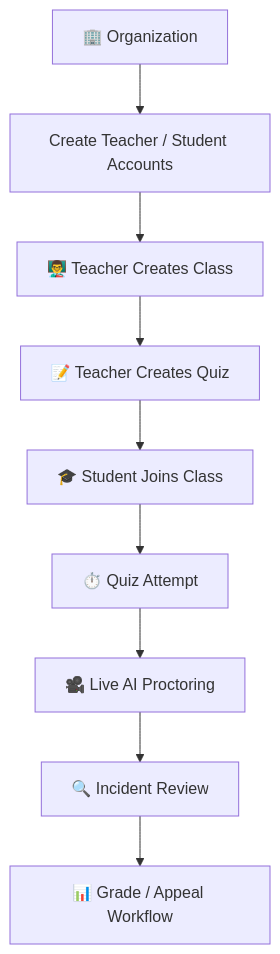
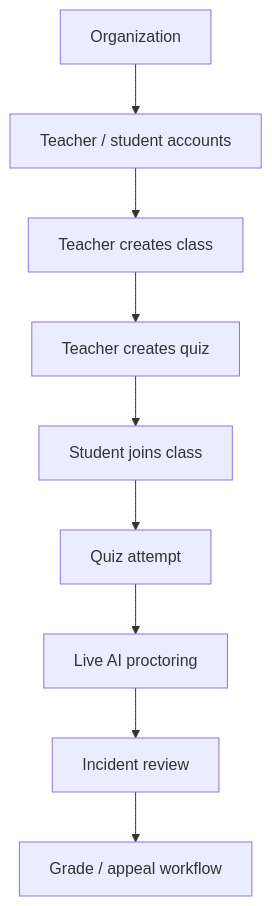
One commit to AdhamElsayedAI/AdhamElsayedAI changed the fifth of 7 diagrams in README.md. Above: the diagram before and after it, drawn with Mermaid. The commit also changed other lines of this file, not shown here.

````diff
--- a/README.md
+++ b/README.md
@@ -230,11 +200,11 @@
 ```mermaid
 flowchart TD
-    ORG["🏢 Organization"] --> ACC["Create Teacher / Student Accounts"]
-    ACC --> CLASS["👨‍🏫 Teacher Creates Class"]
-    CLASS --> QUIZ["📝 Teacher Creates Quiz"]
-    QUIZ --> JOIN["🎓 Student Joins Class"]
-    JOIN --> ATTEMPT["⏱️ Quiz Attempt"]
-    ATTEMPT --> PROCTOR["🎥 Live AI Proctoring"]
-    PROCTOR --> REVIEW["🔍 Incident Review"]
-    REVIEW --> RESULT["📊 Grade / Appeal Workflow"]
+    ORG[Organization] --> ACC[Teacher / student accounts]
+    ACC --> CLASS[Teacher creates class]
+    CLASS --> QUIZ[Teacher creates quiz]
+    QUIZ --> JOIN[Student joins class]
+    JOIN --> ATTEMPT[Quiz attempt]
+    ATTEMPT --> PROCTOR[Live AI proctoring]
+    PROCTOR --> REVIEW[Incident review]
+    REVIEW --> RESULT[Grade / appeal workflow]
 ```
````
